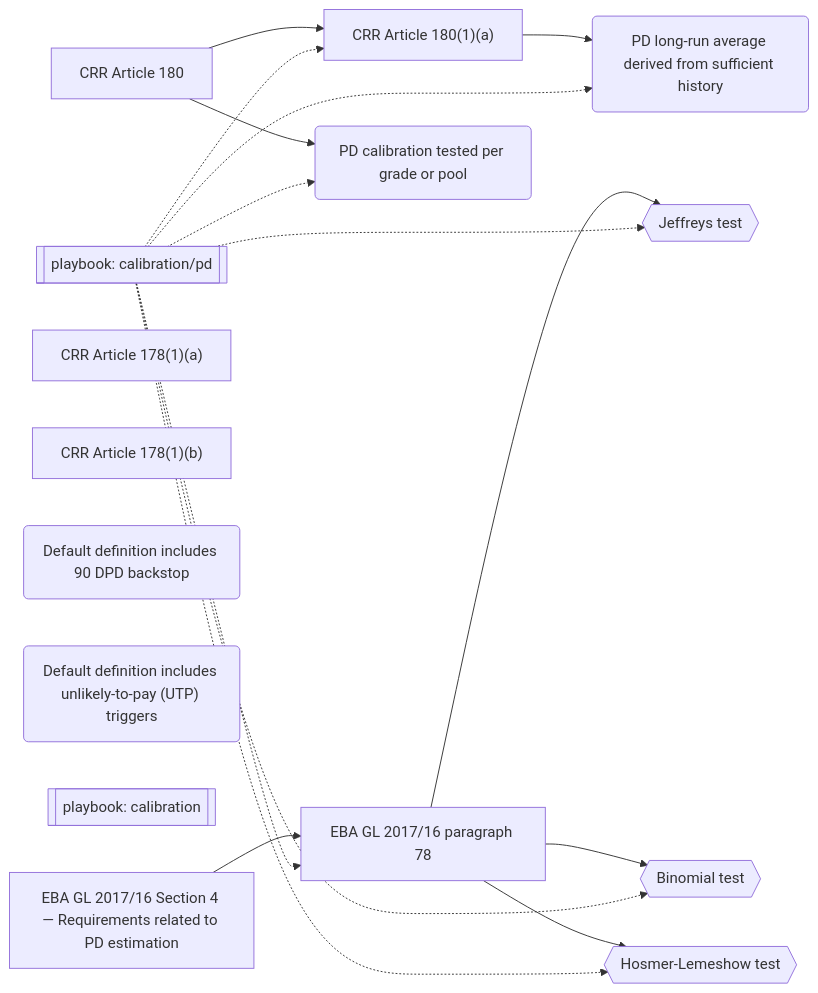
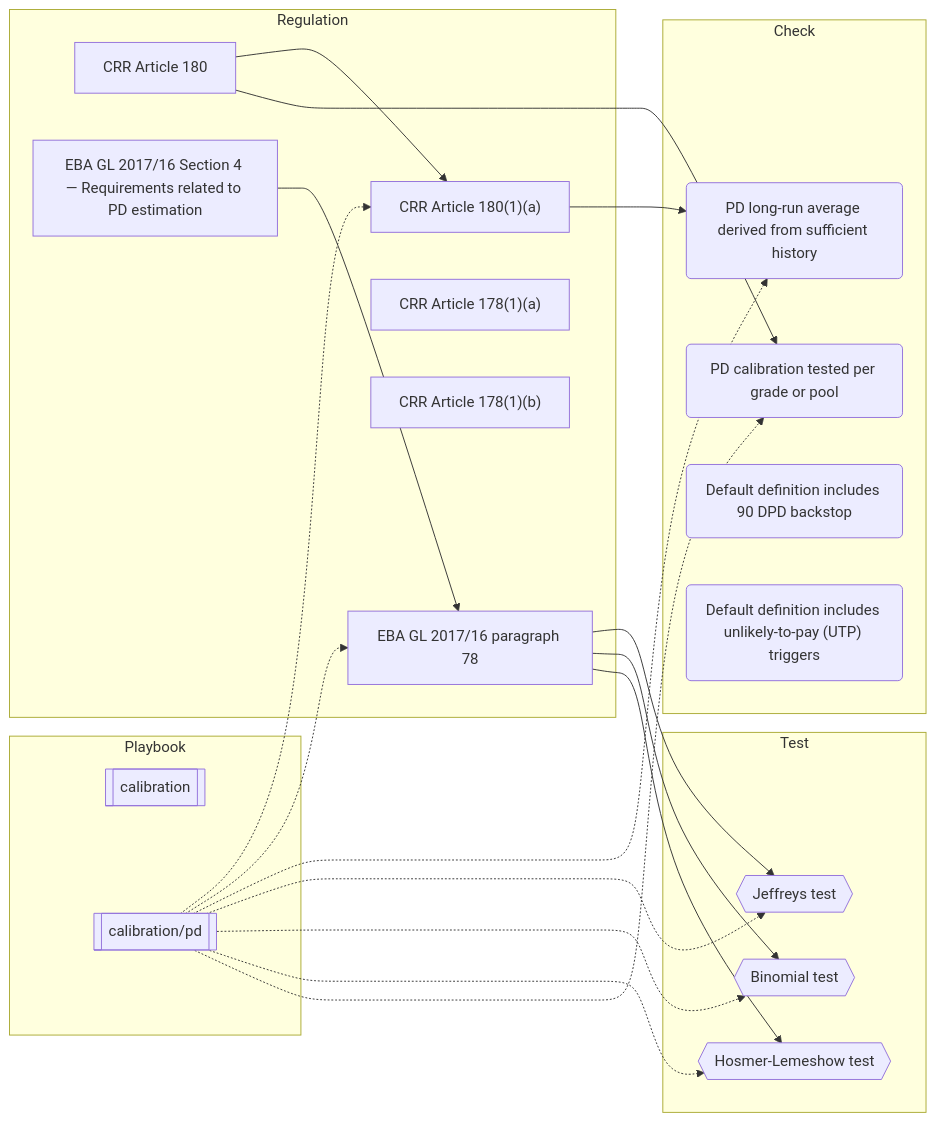
Before and after one commit to rhozacc/prudent-mcp: the diagram in docs/corpus/graph.md, drawn with Mermaid. The commit also changed 7 other files, not shown here.

First line of the commit message:
docs: render mermaid diagrams and declutter them

````diff
--- a/docs/corpus/graph.md
+++ b/docs/corpus/graph.md
@@ -18,32 +18,40 @@
 ```mermaid
 flowchart LR
-  regulation___crr_180["CRR Article 180"]
-  regulation___crr_180_1_a["CRR Article 180(1)(a)"]
-  regulation___eba_gl_2017_16_s4["EBA GL 2017/16 Section 4 — Requirements related to PD estimation"]
-  regulation___eba_gl_2017_16_78["EBA GL 2017/16 paragraph 78"]
-  regulation___crr_178_1_a["CRR Article 178(1)(a)"]
-  regulation___crr_178_1_b["CRR Article 178(1)(b)"]
-  check___calibration_pd_lra_derived("PD long-run average derived from sufficient history")
-  check___calibration_pd_segment_tested("PD calibration tested per grade or pool")
-  check___default_definition_90dpd("Default definition includes 90 DPD backstop")
-  check___default_definition_utp("Default definition includes unlikely-to-pay (UTP) triggers")
-  test___jeffreys{{"Jeffreys test"}}
-  test___binomial{{"Binomial test"}}
-  test___hosmer_lemeshow{{"Hosmer-Lemeshow test"}}
-  playbook___calibration[["playbook: calibration"]]
-  playbook___calibration_pd[["playbook: calibration/pd"]]
+  subgraph Regulation
+    regulation___crr_180["CRR Article 180"]
+    regulation___crr_180_1_a["CRR Article 180(1)(a)"]
+    regulation___eba_gl_2017_16_s4["EBA GL 2017/16 Section 4 — Requirements related to PD estimation"]
+    regulation___eba_gl_2017_16_78["EBA GL 2017/16 paragraph 78"]
+    regulation___crr_178_1_a["CRR Article 178(1)(a)"]
+    regulation___crr_178_1_b["CRR Article 178(1)(b)"]
+  end
+  subgraph Check
+    check___calibration_pd_lra_derived("PD long-run average derived from sufficient history")
+    check___calibration_pd_segment_tested("PD calibration tested per grade or pool")
+    check___default_definition_90dpd("Default definition includes 90 DPD backstop")
+    check___default_definition_utp("Default definition includes unlikely-to-pay (UTP) triggers")
+  end
+  subgraph Test
+    test___jeffreys{{"Jeffreys test"}}
+    test___binomial{{"Binomial test"}}
+    test___hosmer_lemeshow{{"Hosmer-Lemeshow test"}}
+  end
+  subgraph Playbook
+    playbook___calibration[["calibration"]]
+    playbook___calibration_pd[["calibration/pd"]]
+  end
   regulation___crr_180 --> regulation___crr_180_1_a
   regulation___crr_180 --> check___calibration_pd_segment_tested
   regulation___crr_180_1_a --> check___calibration_pd_lra_derived
   regulation___eba_gl_2017_16_s4 --> regulation___eba_gl_2017_16_78
   regulation___eba_gl_2017_16_78 --> test___jeffreys
   regulation___eba_gl_2017_16_78 --> test___binomial
   regulation___eba_gl_2017_16_78 --> test___hosmer_lemeshow
   playbook___calibration_pd -.-> regulation___crr_180_1_a
   playbook___calibration_pd -.-> regulation___eba_gl_2017_16_78
   playbook___calibration_pd -.-> check___calibration_pd_lra_derived
   playbook___calibration_pd -.-> test___jeffreys
   playbook___calibration_pd -.-> test___binomial
   playbook___calibration_pd -.-> test___hosmer_lemeshow
   playbook___calibration_pd -.-> check___calibration_pd_segment_tested
 ```
````
